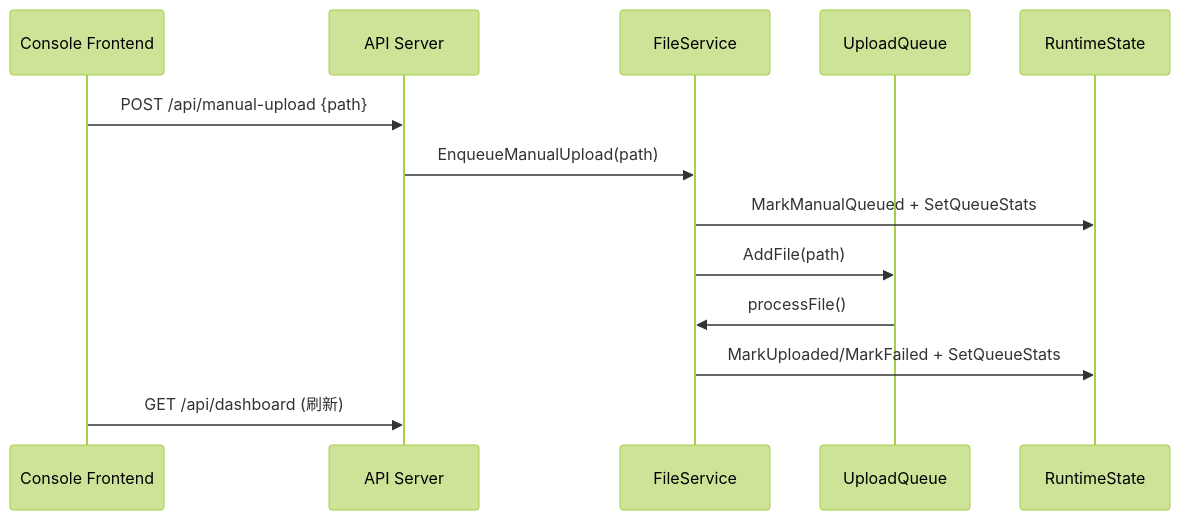
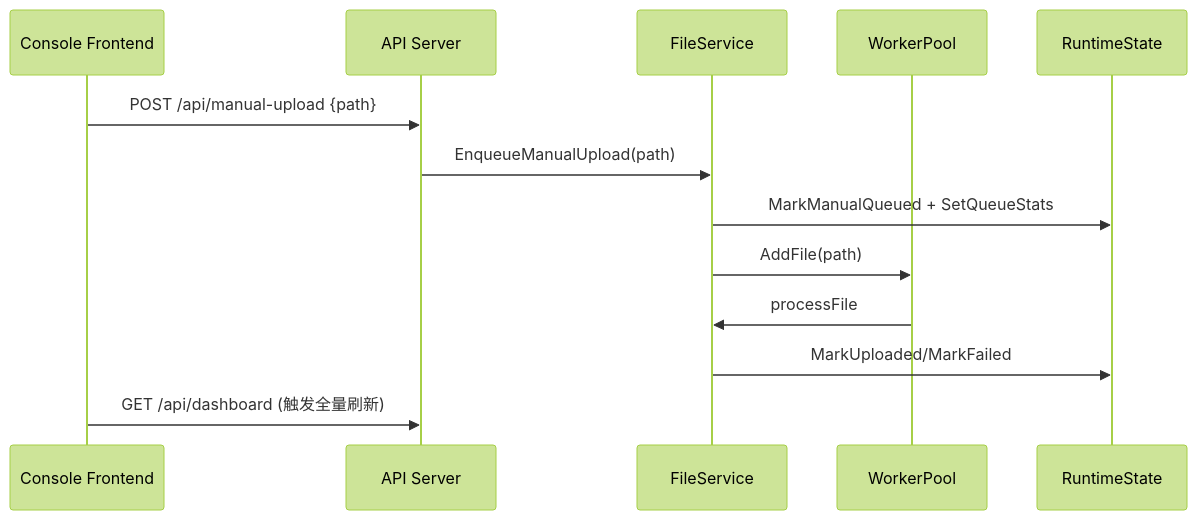
The second of 4 diagrams in docs/frontend-backend-linkage.md (VioletEvergardenZz/GoWatchFile), drawn with Mermaid (forest theme) before and after one commit. The commit also changed other lines of this file and 22 other files, not shown here.

````diff
--- a/docs/frontend-backend-linkage.md
+++ b/docs/frontend-backend-linkage.md
@@ -77,16 +57,16 @@
 ```mermaid
 sequenceDiagram
   participant UI as Console Frontend
   participant API as API Server
   participant FS as FileService
-  participant Q as UploadQueue
+  participant WP as WorkerPool
   participant ST as RuntimeState
 
   UI->>API: POST /api/manual-upload {path}
   API->>FS: EnqueueManualUpload(path)
   FS->>ST: MarkManualQueued + SetQueueStats
-  FS->>Q: AddFile(path)
-  Q->>FS: processFile()
-  FS->>ST: MarkUploaded/MarkFailed + SetQueueStats
-  UI->>API: GET /api/dashboard (刷新)
+  FS->>WP: AddFile(path)
+  WP->>FS: processFile
+  FS->>ST: MarkUploaded/MarkFailed
+  UI->>API: GET /api/dashboard (触发全量刷新)
 ```
````
